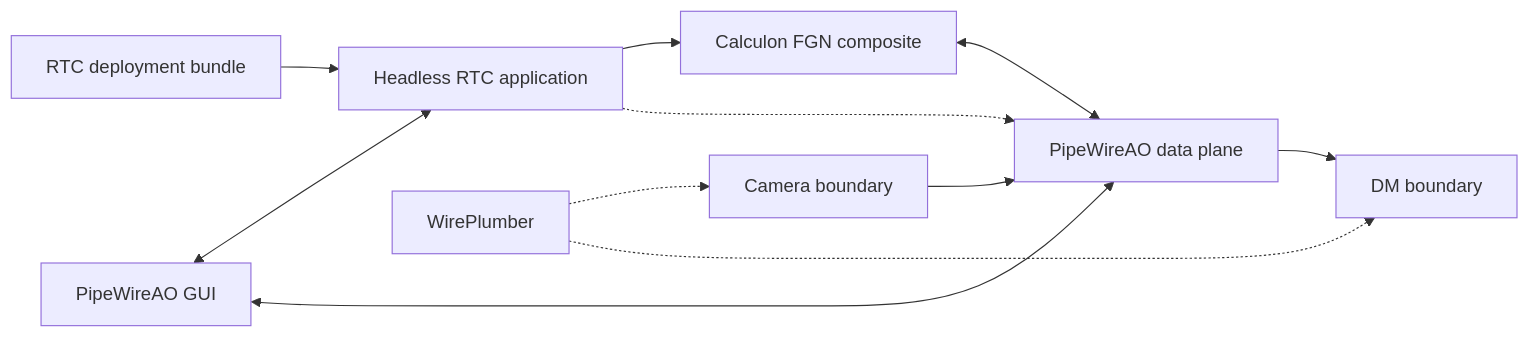
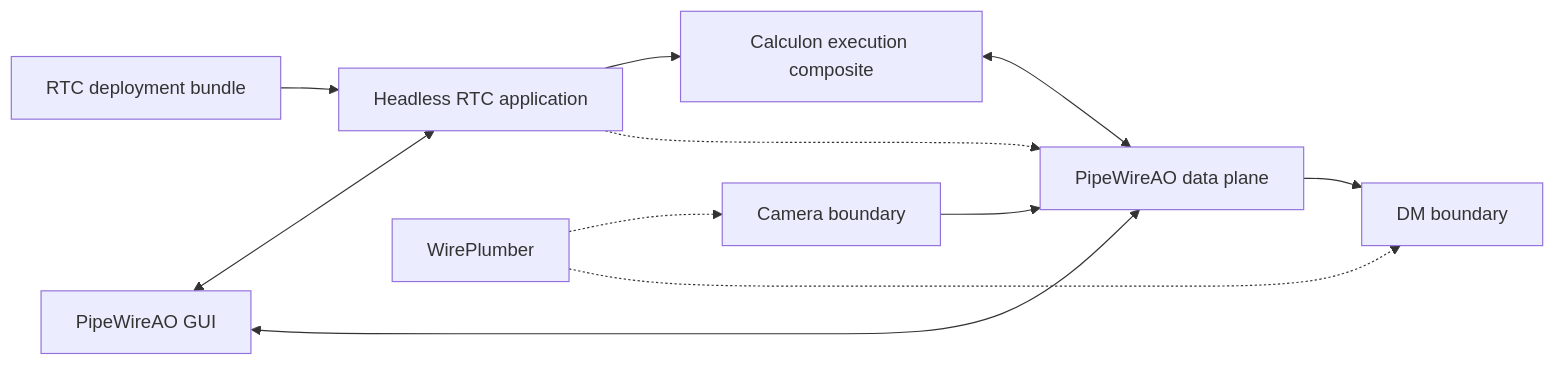
One commit to DarrylGamroth/pipewireao-rtc changed the third of 6 diagrams in docs/architecture.md. Above: the diagram before and after it, drawn with Mermaid. The commit also changed other lines of this file and 8 other files, not shown here.

Commit message:
docs: define incremental RTC architecture

````diff
--- a/docs/architecture.md
+++ b/docs/architecture.md
@@ -205,22 +283,22 @@
 ```mermaid
 flowchart LR
     Bundle["RTC deployment bundle"]
     RTCApp["Headless RTC application"]
-    Composite["Calculon FGN composite"]
+    Composite["Calculon execution composite"]
     PipeWire["PipeWireAO data plane"]
     Camera["Camera boundary"]
     DM["DM boundary"]
     Session["WirePlumber"]
     GUI["PipeWireAO GUI"]
 
     Bundle --> RTCApp
     RTCApp --> Composite
     Camera --> PipeWire
     Composite <--> PipeWire
     PipeWire --> DM
     Session -.-> Camera
     Session -.-> DM
     RTCApp -.-> PipeWire
     GUI <--> RTCApp
     GUI <--> PipeWire
 ```
````
